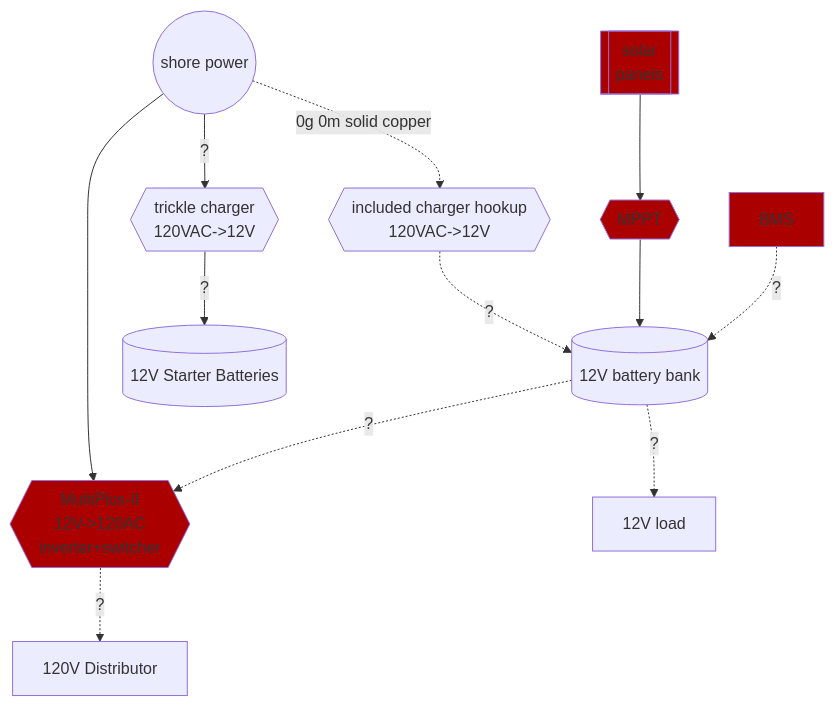
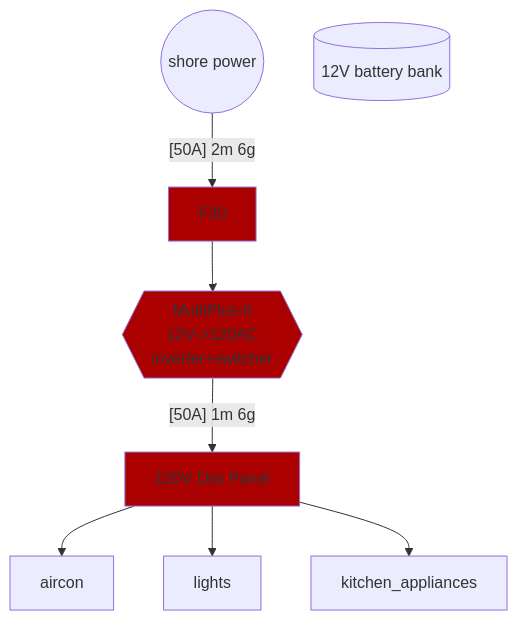
One commit to 7yl4r/bbbb changed the diagram in electrical/README.md. Above: the diagram before and after it, drawn with Mermaid. The commit also changed other lines of this file, not shown here.

Commit message:
+ note & update diagram

````diff
--- a/electrical/README.md
+++ b/electrical/README.md
@@ -4,33 +4,37 @@
 ```mermaid
 graph TD
 
 classDef todo fill:#a00
 
 SHORE((shore power))  
-BATT[(12V battery bank)]
+BATT_BANK[(12V battery bank)]
 INVERT{{MultiPlus-II \n 12V->120AC \n inverter+switcher}}
-SOLAR[[solar \n panels]]:::todo
-BMS:::todo
-T1{{included charger hookup \n 120VAC->12V}}
-T2{{trickle charger \n 120VAC->12V}} 
-LOAD120[120V Distributor]
-MPPT{{MPPT}}:::todo
+%% BMS_t2{{included charger hookup \n 120VAC->12V}}
+%% BMS_t1{{trickle charger \n 120VAC->12V}} 
+dist120[120V Dist Panel]
+%% MPPT{{MPPT}}:::todo
+%% SOLAR[[solar \n panels]]:::todo
+%% BMS{{fancy BMS}}:::todo
+%% BATT2[(12V Starter Batteries)]
 
-SHORE -.0g 0m solid copper.-> T1 -.?.->BATT
-SHORE --> INVERT:::todo
-SHORE --?--> T2 --?--> BATT2
+%% SHORE -.?g ?m solid copper.-> T1 -.?.->BATT
+%% SHORE --?--> T2 --?--> BATT2
 
-BATT
-  -.?.->INVERT:::todo
-BATT
-  -.?.->LOAD12[12V load]
+SHORE -- "[50A] 2m 6g" --> F30:::todo --> INVERT:::todo
+INVERT -- "[50A] 1m 6g" --> dist120:::todo
 
-BATT2[(12V Starter Batteries)]
+dist120 --> aircon
+dist120 --> lights
+dist120 --> kitchen_appliances
 
-INVERT-.?.->LOAD120
+%% === 12V system
+%% BMS  -.?.->BATT
+%% BATT
+%%   -.?.->INVERT:::todo
+%% BATT
+%%   -.?.->LOAD12[12V load]
 
-SOLAR-->MPPT-->BATT
 
-BMS  -.?.->BATT
-  
+
+%% SOLAR-->MPPT-->BATT
 ```
````
